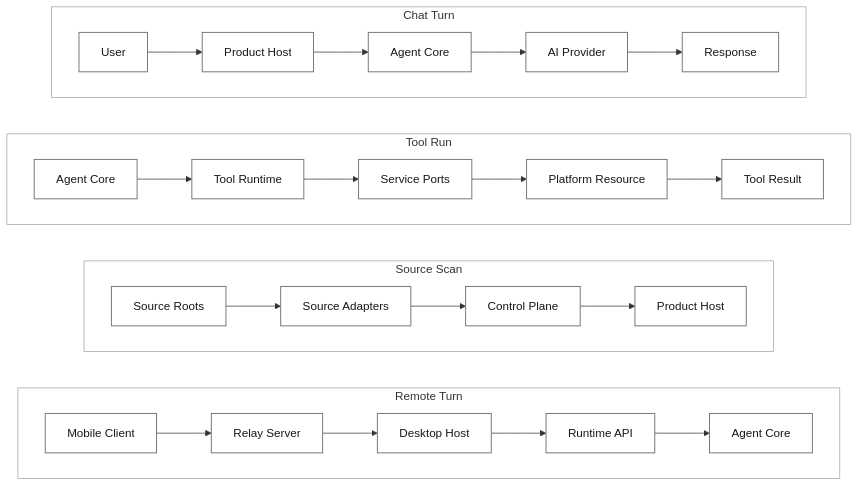
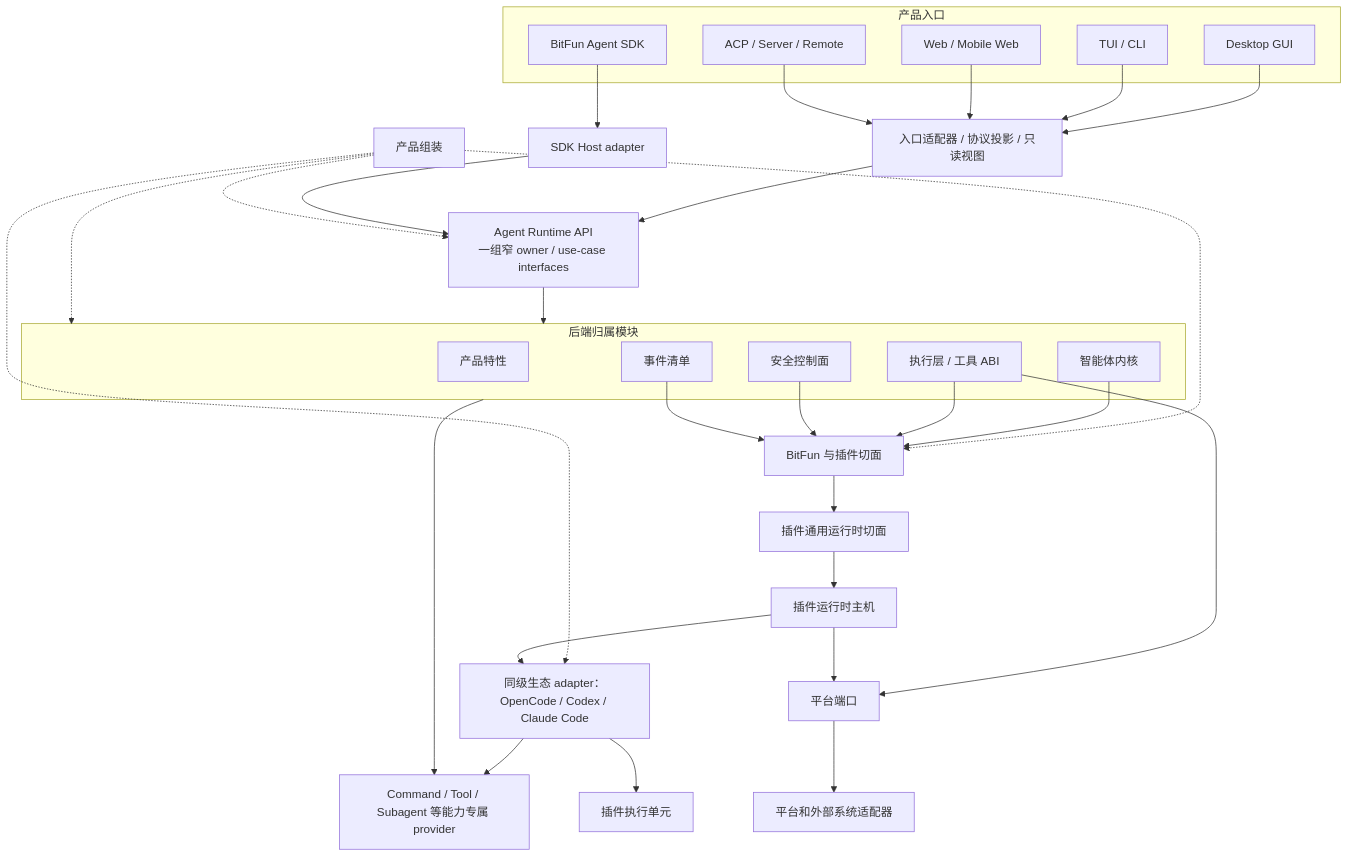
Before and after one commit to nonoqing/dev: the first of 2 diagrams in docs/architecture/product-architecture.md, drawn with Mermaid. The commit also changed other lines of this file and 54 other files, not shown here.

````diff
--- a/docs/architecture/product-architecture.md
+++ b/docs/architecture/product-architecture.md
@@ -372,31 +185,58 @@
 ```mermaid
 flowchart TB
-  subgraph InteractiveTurn["Chat Turn"]
-    direction LR
-    TurnUser["User"] --> TurnHost["Product Host"] --> TurnCore["Agent Core"] --> TurnProvider["AI Provider"] --> TurnResponse["Response"]
+  subgraph Entry["产品入口"]
+    Desktop["Desktop GUI"]
+    Cli["TUI / CLI"]
+    Web["Web / Mobile Web"]
+    Protocol["ACP / Server / Remote"]
+    PublicSdk["BitFun Agent SDK"]
   end
 
-  subgraph ToolExecution["Tool Run"]
-    direction LR
-    ToolCore["Agent Core"] --> ToolRuntime["Tool Runtime"] --> ToolPorts["Service Ports"] --> PlatformResource["Platform Resource"] --> ToolResult["Tool Result"]
+  Projection["入口适配器 / 协议投影 / 只读视图"]
+  SdkHost["SDK Host adapter"]
+  RuntimeApi["Agent Runtime API\n一组窄 owner / use-case interfaces"]
+  Assembly["产品组装"]
+
+  subgraph Owners["后端归属模块"]
+    Feature["产品特性"]
+    Kernel["智能体内核"]
+    Execution["执行层 / 工具 ABI"]
+    Security["安全控制面"]
+    Events["事件清单"]
   end
 
-  subgraph SourceDiscovery["Source Scan"]
-    direction LR
-    SourceRoots["Source Roots"] --> SourceAdapters["Source Adapters"] --> ControlPlane["Control Plane"] --> SourceHost["Product Host"]
-  end
+  Extension["BitFun 与插件切面"]
+  HostAbi["插件通用运行时切面"]
+  PluginHost["插件运行时主机"]
+  ProviderPorts["Command / Tool / Subagent 等能力专属 provider"]
+  EcosystemAdapters["同级生态 adapter：OpenCode / Codex / Claude Code"]
+  PluginUnit["插件执行单元"]
+  PlatformPorts["平台端口"]
+  PlatformAdapters["平台和外部系统适配器"]
 
-  subgraph RemoteControl["Remote Turn"]
-    direction LR
-    RemoteClient["Mobile Client"] --> RemoteRelay["Relay Server"] --> RemoteDesktop["Desktop Host"] --> RemoteAPI["Runtime API"] --> RemoteCore["Agent Core"]
-  end
-
-  InteractiveTurn ~~~ ToolExecution ~~~ SourceDiscovery ~~~ RemoteControl
-
-  classDef step fill:#ffffff,stroke:#737373,stroke-width:1.3px,color:#171717;
-  class TurnUser,TurnHost,TurnCore,TurnProvider,TurnResponse,ToolCore,ToolRuntime,ToolPorts,PlatformResource,ToolResult,SourceRoots,SourceAdapters,ControlPlane,SourceHost,RemoteClient,RemoteRelay,RemoteDesktop,RemoteAPI,RemoteCore step;
-  style InteractiveTurn fill:#ffffff,stroke:#a3a3a3;
-  style ToolExecution fill:#ffffff,stroke:#a3a3a3;
-  style SourceDiscovery fill:#ffffff,stroke:#a3a3a3;
-  style RemoteControl fill:#ffffff,stroke:#a3a3a3;
+  Desktop --> Projection
+  Cli --> Projection
+  Web --> Projection
+  Protocol --> Projection
+  PublicSdk --> SdkHost
+  Projection --> RuntimeApi
+  SdkHost --> RuntimeApi
+  RuntimeApi --> Owners
+  Assembly -.-> RuntimeApi
+  Assembly -.-> Owners
+  Assembly -.-> Extension
+  Kernel --> Extension
+  Execution --> Extension
+  Security --> Extension
+  Events --> Extension
+  Extension --> HostAbi
+  HostAbi --> PluginHost
+  Owners --> ProviderPorts
+  Assembly -.-> EcosystemAdapters
+  EcosystemAdapters --> ProviderPorts
+  PluginHost --> EcosystemAdapters
+  EcosystemAdapters --> PluginUnit
+  Execution --> PlatformPorts
+  PluginHost --> PlatformPorts
+  PlatformPorts --> PlatformAdapters
 ```
````
